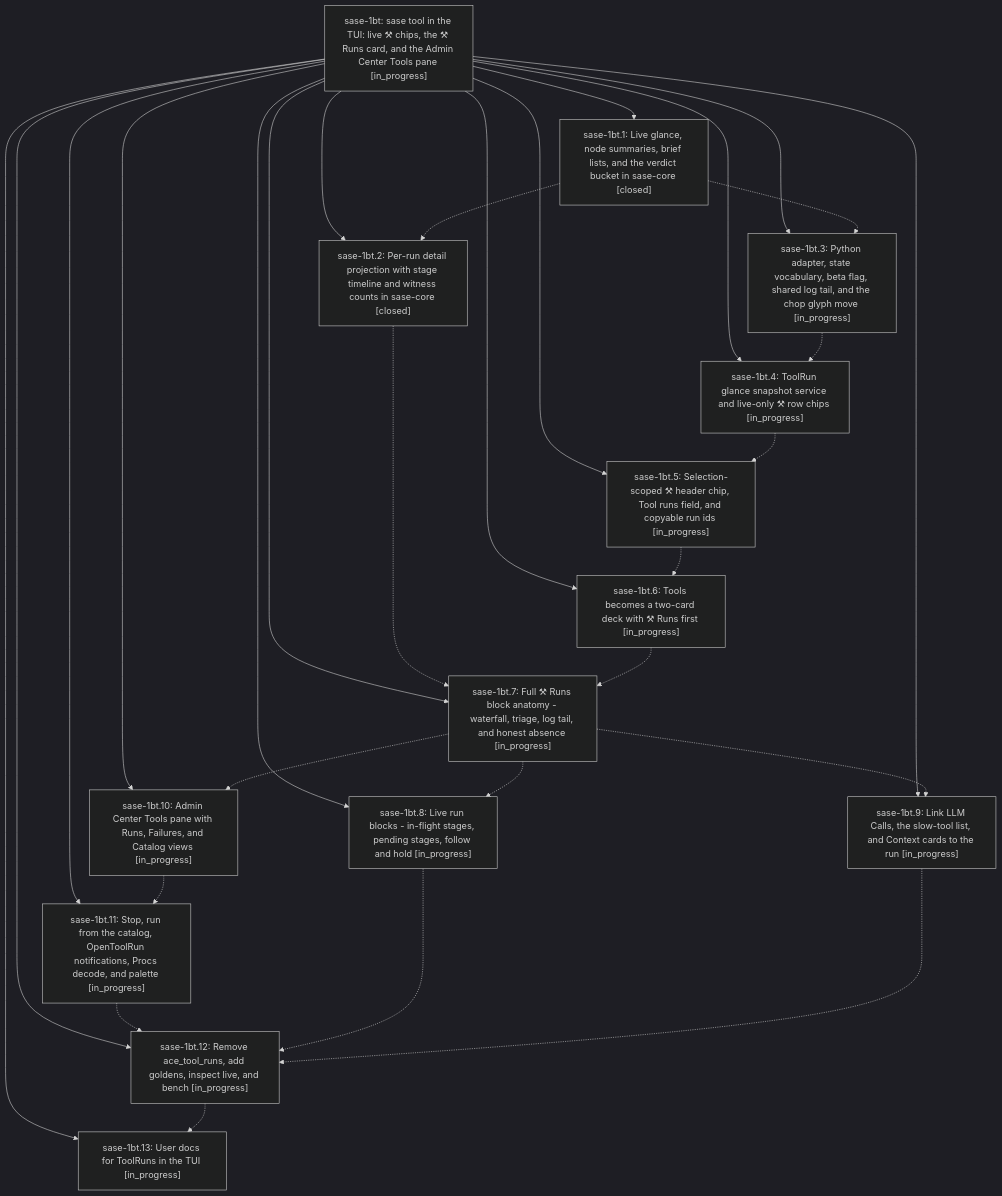
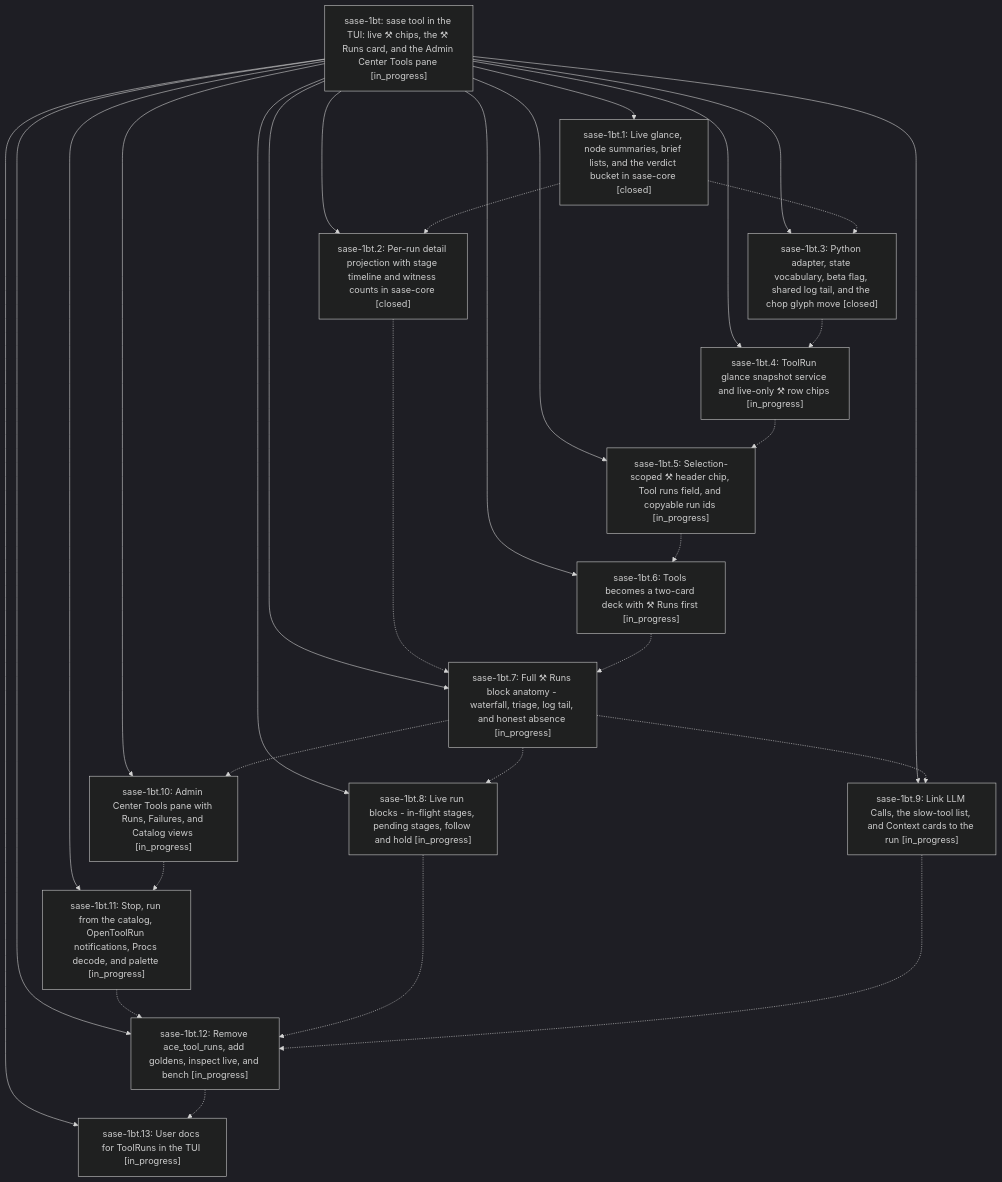
The diagram in pages/sase-1bt/README.md (sase-org/sase--beads), drawn with Mermaid (dark theme) before and after one commit. The commit also changed other lines of this file and 4 other files, not shown here.

````diff
--- a/pages/sase-1bt/README.md
+++ b/pages/sase-1bt/README.md
@@ -46,45 +46,45 @@
 ```mermaid
 flowchart TD
     n0["sase-1bt: sase tool in the TUI: live ⚒ chips, the ⚒ Runs card, and the Admin Center Tools pane [in_progress]"]
     n1["sase-1bt.1: Live glance, node summaries, brief lists, and the verdict bucket in sase-core [closed]"]
     n2["sase-1bt.10: Admin Center Tools pane with Runs, Failures, and Catalog views [in_progress]"]
     n3["sase-1bt.11: Stop, run from the catalog, OpenToolRun notifications, Procs decode, and palette [in_progress]"]
     n4["sase-1bt.12: Remove ace_tool_runs, add goldens, inspect live, and bench [in_progress]"]
     n5["sase-1bt.13: User docs for ToolRuns in the TUI [in_progress]"]
     n6["sase-1bt.2: Per-run detail projection with stage timeline and witness counts in sase-core [closed]"]
-    n7["sase-1bt.3: Python adapter, state vocabulary, beta flag, shared log tail, and the chop glyph move [in_progress]"]
+    n7["sase-1bt.3: Python adapter, state vocabulary, beta flag, shared log tail, and the chop glyph move [closed]"]
     n8["sase-1bt.4: ToolRun glance snapshot service and live-only ⚒ row chips [in_progress]"]
     n9["sase-1bt.5: Selection-scoped ⚒ header chip, Tool runs field, and copyable run ids [in_progress]"]
     n10["sase-1bt.6: Tools becomes a two-card deck with ⚒ Runs first [in_progress]"]
     n11["sase-1bt.7: Full ⚒ Runs block anatomy - waterfall, triage, log tail, and honest absence [in_progress]"]
     n12["sase-1bt.8: Live run blocks - in-flight stages, pending stages, follow and hold [in_progress]"]
     n13["sase-1bt.9: Link LLM Calls, the slow-tool list, and Context cards to the run [in_progress]"]
     n0 --> n1
     n0 --> n2
     n0 --> n3
     n0 --> n4
     n0 --> n5
     n0 --> n6
     n0 --> n7
     n0 --> n8
     n0 --> n9
     n0 --> n10
     n0 --> n11
     n0 --> n12
     n0 --> n13
     n1 -.-> n6
     n1 -.-> n7
     n2 -.-> n3
     n3 -.-> n4
     n4 -.-> n5
     n6 -.-> n11
     n7 -.-> n8
     n8 -.-> n9
     n9 -.-> n10
     n10 -.-> n11
     n11 -.-> n2
     n11 -.-> n12
     n11 -.-> n13
     n12 -.-> n4
     n13 -.-> n4
 ```
````
